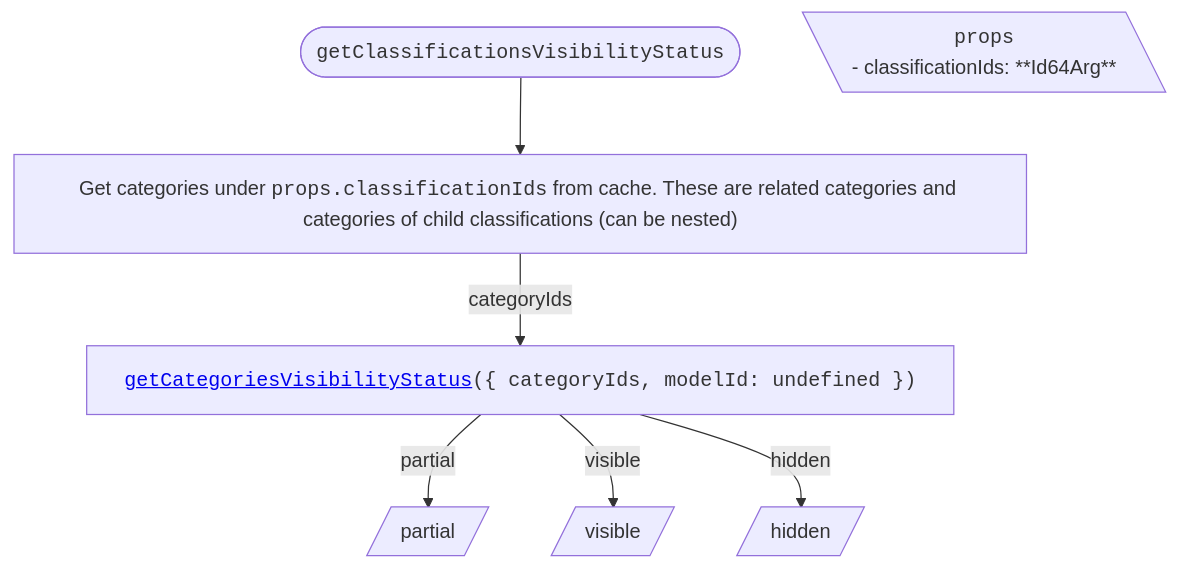
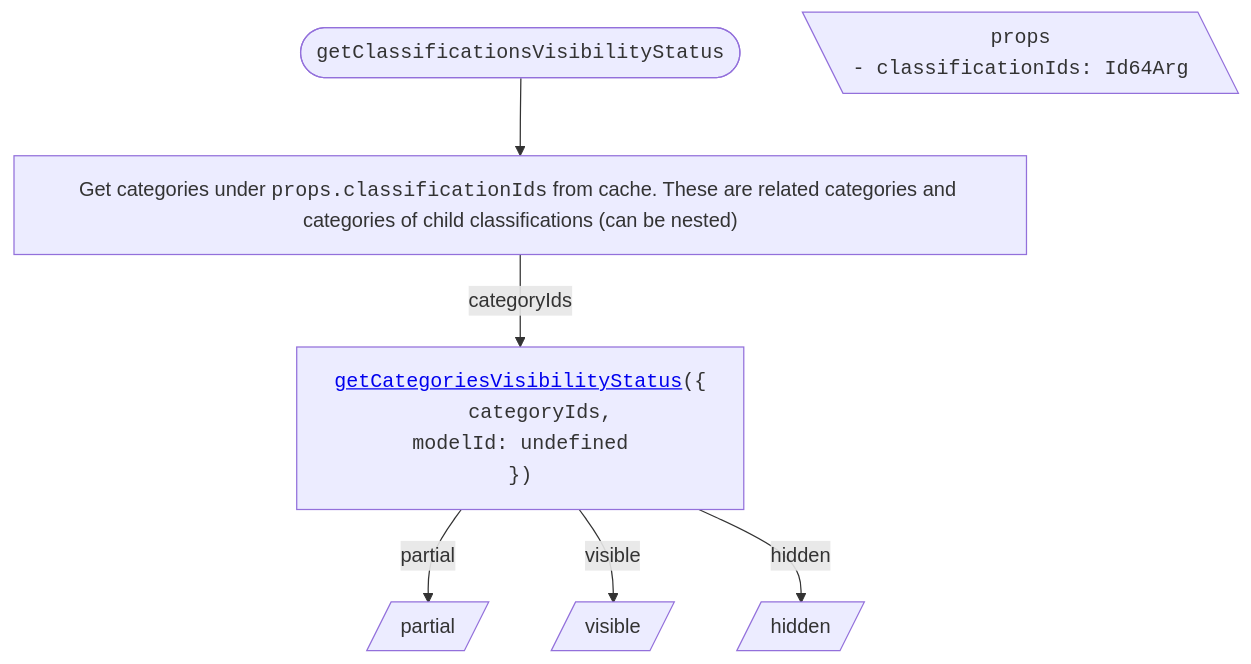
Before and after one commit to iTwin/viewer-components-react: the second of 4 diagrams in packages/itwin/tree-widget/docs/ClassificationsTreeVisibilityHandling.md, drawn with Mermaid. The commit also changed other lines of this file and 4 other files, not shown here.

````diff
--- a/packages/itwin/tree-widget/docs/ClassificationsTreeVisibilityHandling.md
+++ b/packages/itwin/tree-widget/docs/ClassificationsTreeVisibilityHandling.md
@@ -59,28 +62,31 @@
 ```mermaid
 ---
 config:
   flowchart:
     wrappingWidth: 750
     useMaxWidth: false
 ---
 
 flowchart TD
   RESULT_Partial[/partial/]
   RESULT_Visible[/visible/]
   RESULT_Hidden[/hidden/]
 
   %% Start
   TITLE(["<code>getClassificationsVisibilityStatus</code>"]) --> A["Get categories under <code>props.classificationIds</code> from cache. These are related categories and categories of child classifications (can be nested)"]
 
   PROPS[\"
     <code>props</code>
-    <div style='text-align: left;'>- classificationIds: **Id64Arg**</div>
+    <code style='text-align: left;'>- classificationIds: Id64Arg</code>
   "\]
 
-  A -- categoryIds --> B["<code><a href='./SharedVisibilityHandling.md#getcategoriesvisibilitystatus'>getCategoriesVisibilityStatus</a>({ categoryIds, modelId: undefined })</code>"]
+  A -- categoryIds --> B["<code style='text-align: left;'><a href='./SharedVisibilityHandling.md#getcategoriesvisibilitystatus'>getCategoriesVisibilityStatus</a>({
+  <code style='padding-left: 2rem'>categoryIds,
+  modelId: undefined</code>
+  })</code>"]
 
   %% Results
   B -- partial --> RESULT_Partial
   B -- visible --> RESULT_Visible
   B -- hidden --> RESULT_Hidden
 ```
````
